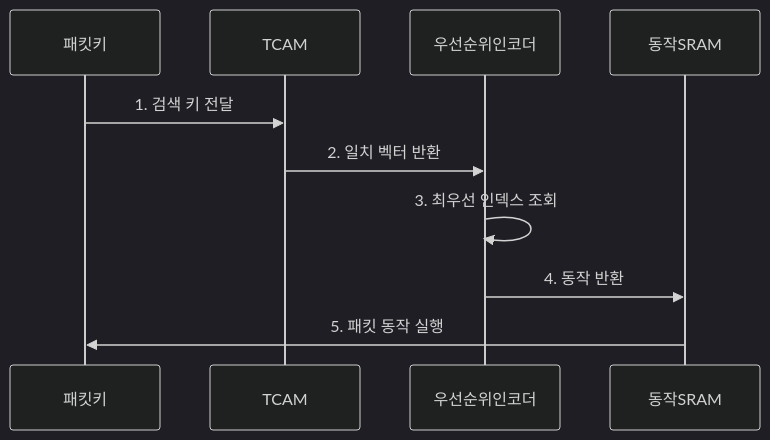
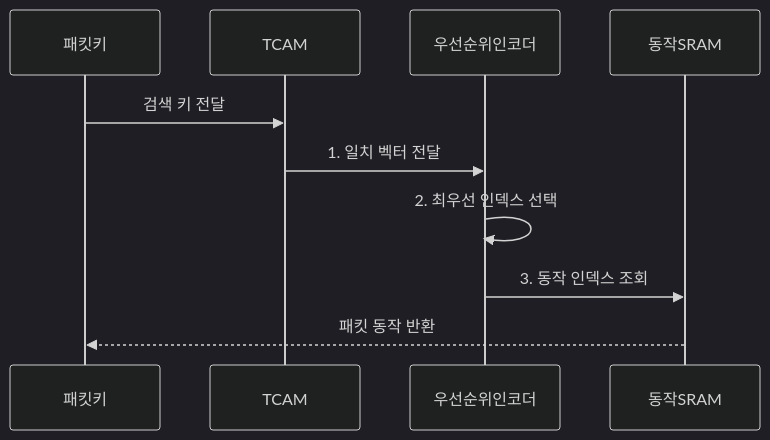
The second of 2 diagrams in src/content/docs/notes/04-network/075_tcam.md (agnusdei1207/knowledge-base), drawn with Mermaid (dark theme) before and after one commit. The commit also changed other lines of this file and 20 other files, not shown here.

````diff
--- a/src/content/docs/notes/04-network/075_tcam.md
+++ b/src/content/docs/notes/04-network/075_tcam.md
@@ -86,12 +92,12 @@
 ```mermaid
 sequenceDiagram
     participant 패킷키
     participant TCAM
     participant 우선순위인코더
     participant 동작SRAM
-    패킷키->>TCAM: 1. 검색 키 전달
-    TCAM->>우선순위인코더: 2. 일치 벡터 반환
-    우선순위인코더->>우선순위인코더: 3. 최우선 인덱스 조회
-    우선순위인코더->>동작SRAM: 4. 동작 반환
-    동작SRAM->>패킷키: 5. 패킷 동작 실행
+    패킷키->>TCAM: 검색 키 전달
+    TCAM->>우선순위인코더: 1. 일치 벡터 전달
+    우선순위인코더->>우선순위인코더: 2. 최우선 인덱스 선택
+    우선순위인코더->>동작SRAM: 3. 동작 인덱스 조회
+    동작SRAM-->>패킷키: 패킷 동작 반환
 ```
````
